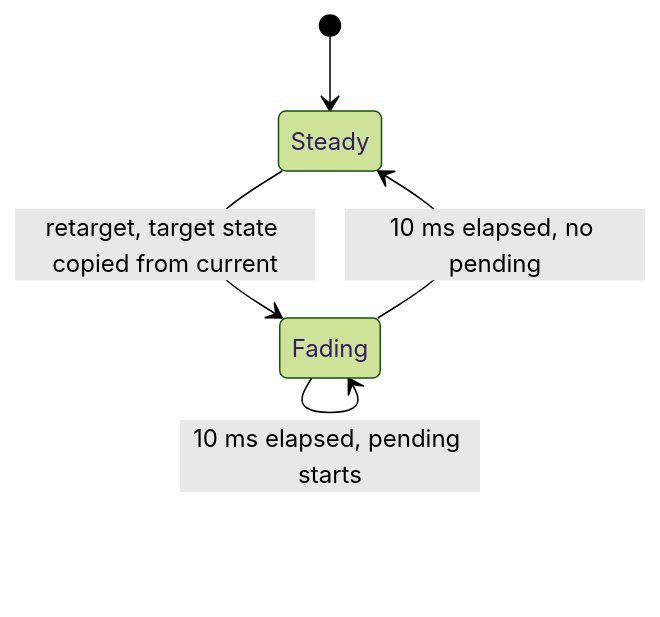
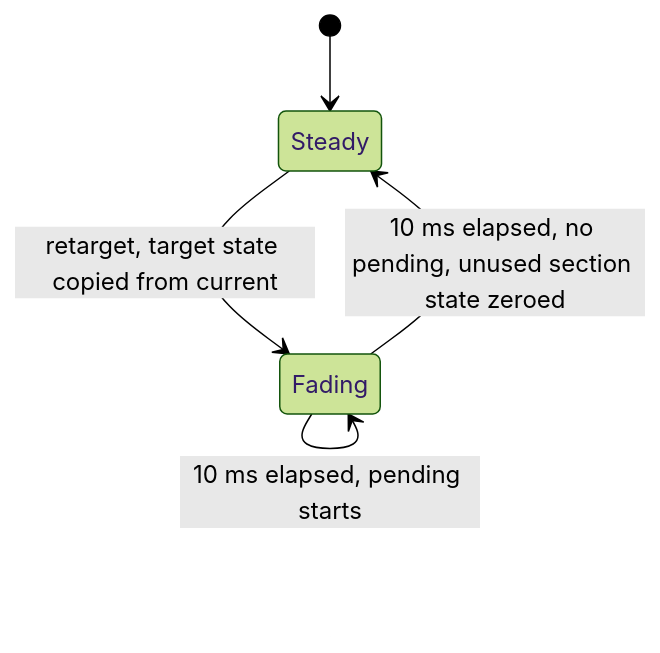
One commit to marcelogm/arctis-companion changed the fourth of 5 diagrams in docs/architecture/eq.md. Above: the diagram before and after it, drawn with Mermaid (forest theme). The commit also changed other lines of this file and 1 other file, not shown here.

````diff
--- a/docs/architecture/eq.md
+++ b/docs/architecture/eq.md
@@ -83,8 +88,8 @@
 ```mermaid
 stateDiagram-v2
     [*] --> Steady
     Steady --> Fading: retarget, target state copied from current
     Fading --> Fading: retarget, kept as pending (latest wins)
-    Fading --> Steady: 10 ms elapsed, no pending
+    Fading --> Steady: 10 ms elapsed, no pending, unused section state zeroed
     Fading --> Fading: 10 ms elapsed, pending starts
 ```
````
